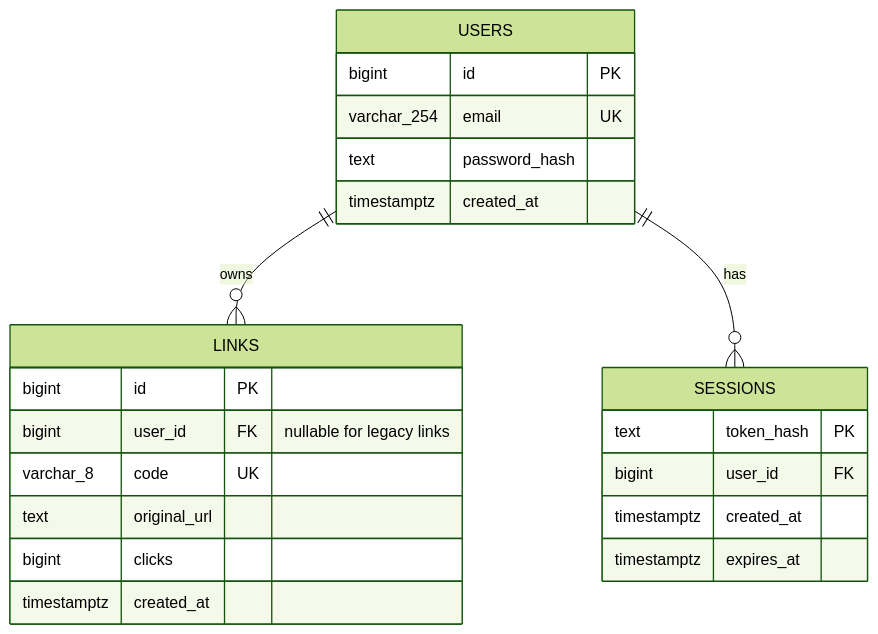
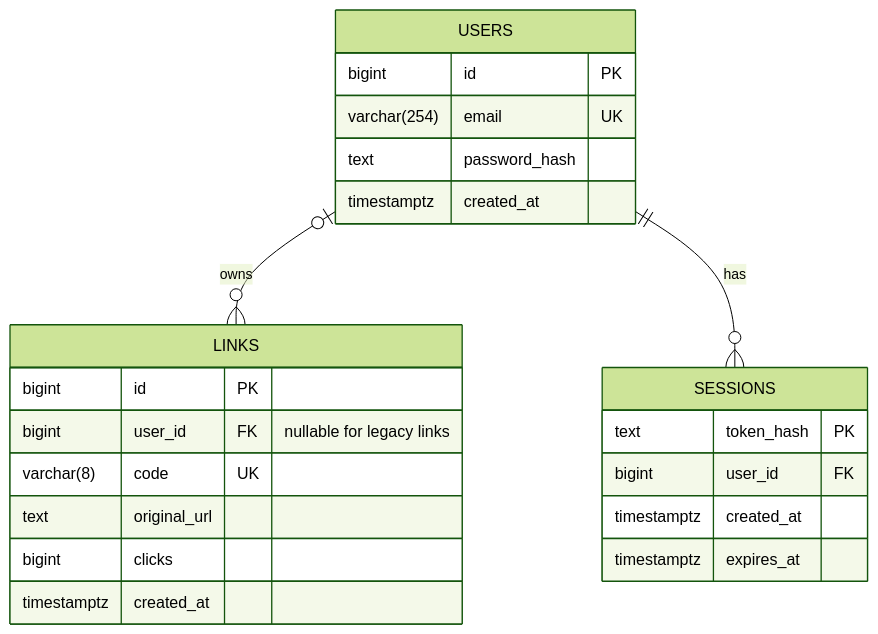
Before and after one commit to Nawaphon05/Short-Url: the diagram in docs/ER.md, drawn with Mermaid (forest theme). The commit also changed other lines of this file and 6 other files, not shown here.

````diff
--- a/docs/ER.md
+++ b/docs/ER.md
@@ -23,26 +7,26 @@
 ```mermaid
 erDiagram
-    USERS ||--o{ LINKS : owns
+    USERS |o--o{ LINKS : owns
     USERS ||--o{ SESSIONS : has
 
     USERS {
         bigint id PK
-        varchar_254 email UK
+        varchar(254) email UK
         text password_hash
         timestamptz created_at
     }
     LINKS {
         bigint id PK
         bigint user_id FK "nullable for legacy links"
-        varchar_8 code UK
+        varchar(8) code UK
         text original_url
         bigint clicks
         timestamptz created_at
     }
     SESSIONS {
         text token_hash PK
         bigint user_id FK
         timestamptz created_at
         timestamptz expires_at
     }
 ```
````
